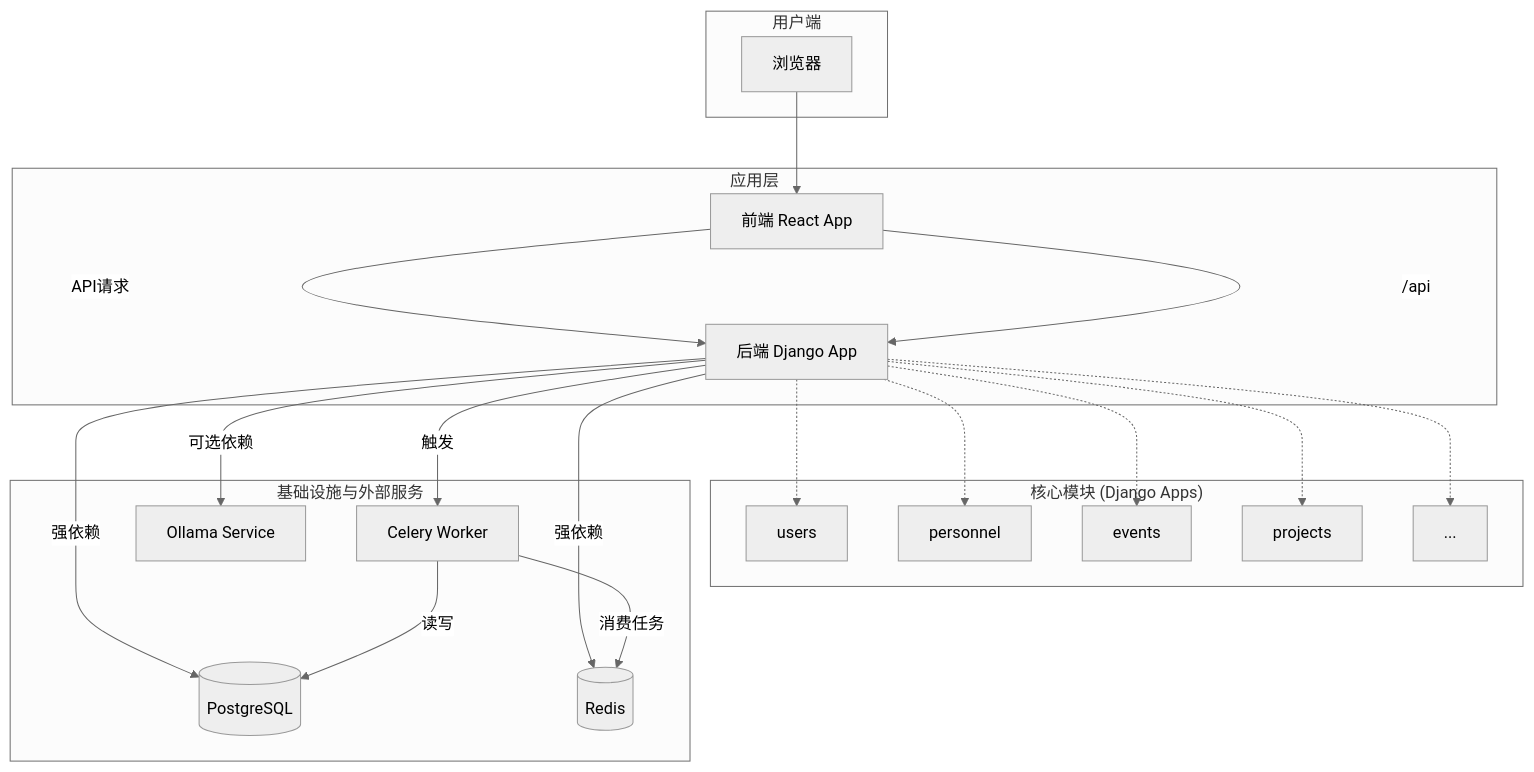
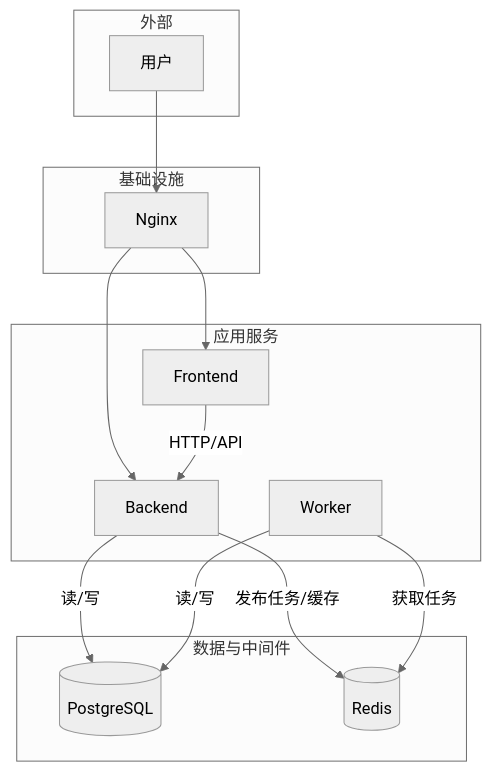
One commit to oneMuggle/OmniDesk changed the diagram in .cospec/wiki/03_Service_Dependencies.md. Above: the diagram before and after it, drawn with Mermaid (neutral theme). The commit also changed other lines of this file and 12 other files, not shown here.

````diff
--- a/.cospec/wiki/03_Service_Dependencies.md
+++ b/.cospec/wiki/03_Service_Dependencies.md
@@ -19,37 +16,33 @@
 ```mermaid
 graph TD
-    subgraph "用户端"
-        A[浏览器]
+    subgraph "外部"
+        User[用户]
     end
 
-    subgraph "应用层"
-        B[前端 React App]
-        C[后端 Django App]
-        A --> B
-        B -- API请求 --> C
+    subgraph "基础设施"
+        Nginx
     end
 
-    subgraph "核心模块 (Django Apps)"
-        C -.-> D[users]
-        C -.-> E[personnel]
-        C -.-> F[events]
-        C -.-> G[projects]
-        C -.-> H[...]
+    subgraph "应用服务"
+        Frontend
+        Backend
+        Worker
     end
 
-    subgraph "基础设施与外部服务"
-        I[(PostgreSQL)]
-        J[(Redis)]
-        K[Celery Worker]
-        L[Ollama Service]
-
-        C -- 强依赖 --> I
-        C -- 强依赖 --> J
-        C -- 触发 --> K
-        K -- 消费任务 --> J
-        K -- 读写 --> I
-        C -- 可选依赖 --> L
+    subgraph "数据与中间件"
+        Postgres[(PostgreSQL)]
+        Redis[(Redis)]
     end
 
-    B -- /api --> C
+    User --> Nginx
+    Nginx --> Frontend
+    Nginx --> Backend
+
+    Frontend -- "HTTP/API" --> Backend
+    
+    Backend -- "读/写" --> Postgres
+    Backend -- "发布任务/缓存" --> Redis
+    
+    Worker -- "获取任务" --> Redis
+    Worker -- "读/写" --> Postgres
 ```
````
